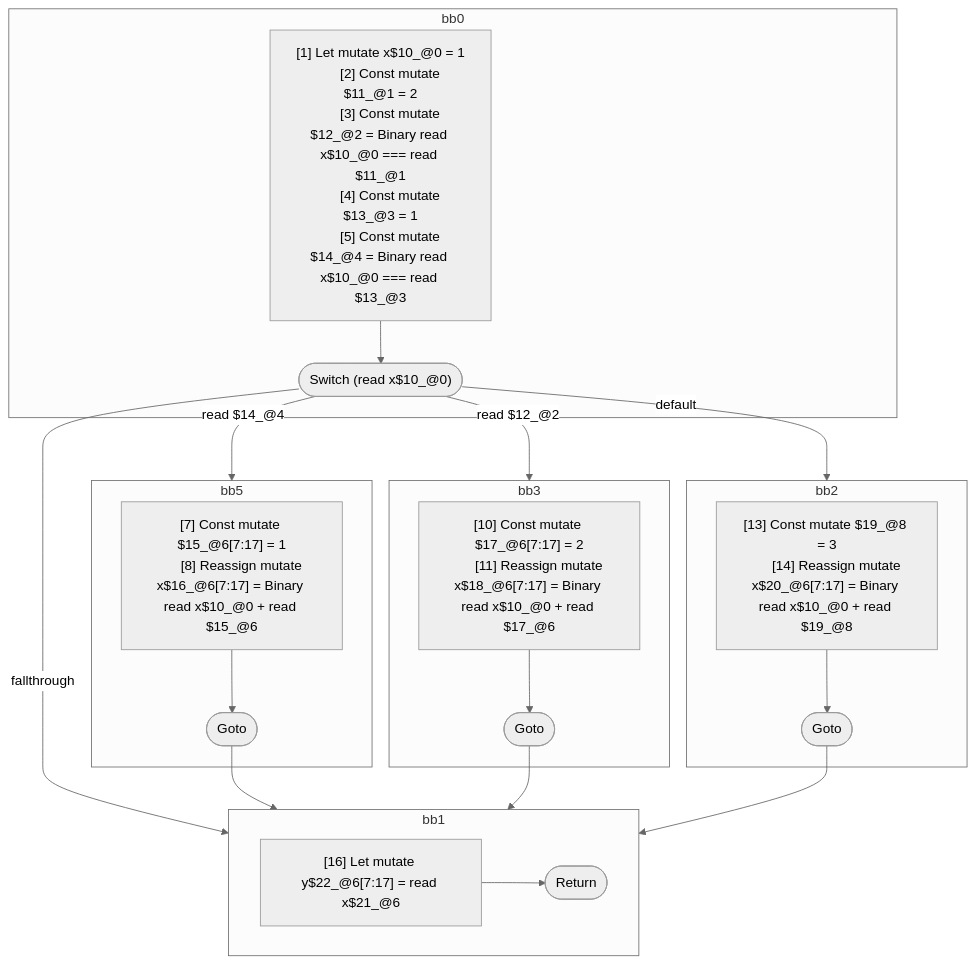
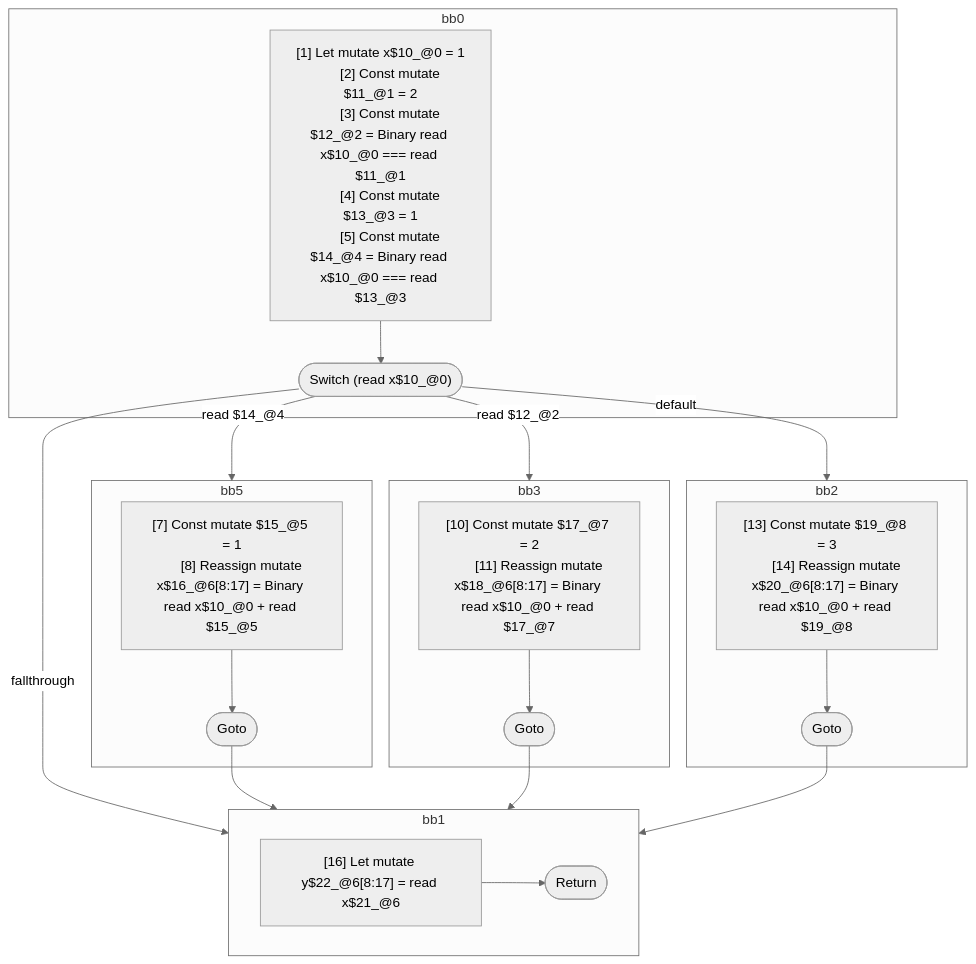
Before and after one commit to wutsmog/private: the diagram in compiler/forget/src/__tests__/fixtures/hir/ssa-switch.expect.md, drawn with Mermaid (neutral theme). The commit also changed other lines of this file and 9 other files, not shown here.

````diff
--- a/compiler/forget/src/__tests__/fixtures/hir/ssa-switch.expect.md
+++ b/compiler/forget/src/__tests__/fixtures/hir/ssa-switch.expect.md
@@ -64,51 +64,51 @@
 ```mermaid
 flowchart TB
   %% Basic Blocks
   subgraph bb0
     bb0_instrs["
       [1] Let mutate x$10_@0 = 1
       [2] Const mutate $11_@1 = 2
       [3] Const mutate $12_@2 = Binary read x$10_@0 === read $11_@1
       [4] Const mutate $13_@3 = 1
       [5] Const mutate $14_@4 = Binary read x$10_@0 === read $13_@3
     "]
     bb0_instrs --> bb0_terminal(["Switch (read x$10_@0)"])
   end
   subgraph bb5
     bb5_instrs["
-      [7] Const mutate $15_@6[7:17] = 1
-      [8] Reassign mutate x$16_@6[7:17] = Binary read x$10_@0 + read $15_@6
+      [7] Const mutate $15_@5 = 1
+      [8] Reassign mutate x$16_@6[8:17] = Binary read x$10_@0 + read $15_@5
     "]
     bb5_instrs --> bb5_terminal(["Goto"])
   end
   subgraph bb3
     bb3_instrs["
-      [10] Const mutate $17_@6[7:17] = 2
-      [11] Reassign mutate x$18_@6[7:17] = Binary read x$10_@0 + read $17_@6
+      [10] Const mutate $17_@7 = 2
+      [11] Reassign mutate x$18_@6[8:17] = Binary read x$10_@0 + read $17_@7
     "]
     bb3_instrs --> bb3_terminal(["Goto"])
   end
   subgraph bb2
     bb2_instrs["
       [13] Const mutate $19_@8 = 3
-      [14] Reassign mutate x$20_@6[7:17] = Binary read x$10_@0 + read $19_@8
+      [14] Reassign mutate x$20_@6[8:17] = Binary read x$10_@0 + read $19_@8
     "]
     bb2_instrs --> bb2_terminal(["Goto"])
   end
   subgraph bb1
     bb1_instrs["
-      [16] Let mutate y$22_@6[7:17] = read x$21_@6
+      [16] Let mutate y$22_@6[8:17] = read x$21_@6
     "]
     bb1_instrs --> bb1_terminal(["Return"])
   end
 
   %% Jumps
   bb0_terminal -- "read $14_@4" --> bb5
   bb0_terminal -- "read $12_@2" --> bb3
   bb0_terminal -- "default" --> bb2
   bb0_terminal -- "fallthrough" --> bb1
   bb5_terminal --> bb1
   bb3_terminal --> bb1
   bb2_terminal --> bb1
 
 ```
````
